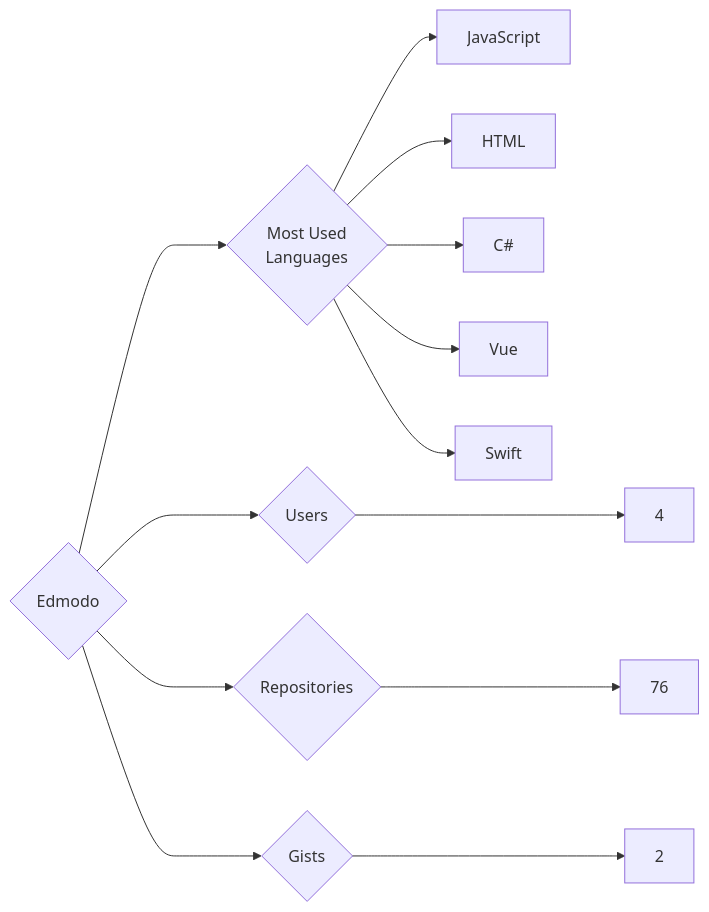
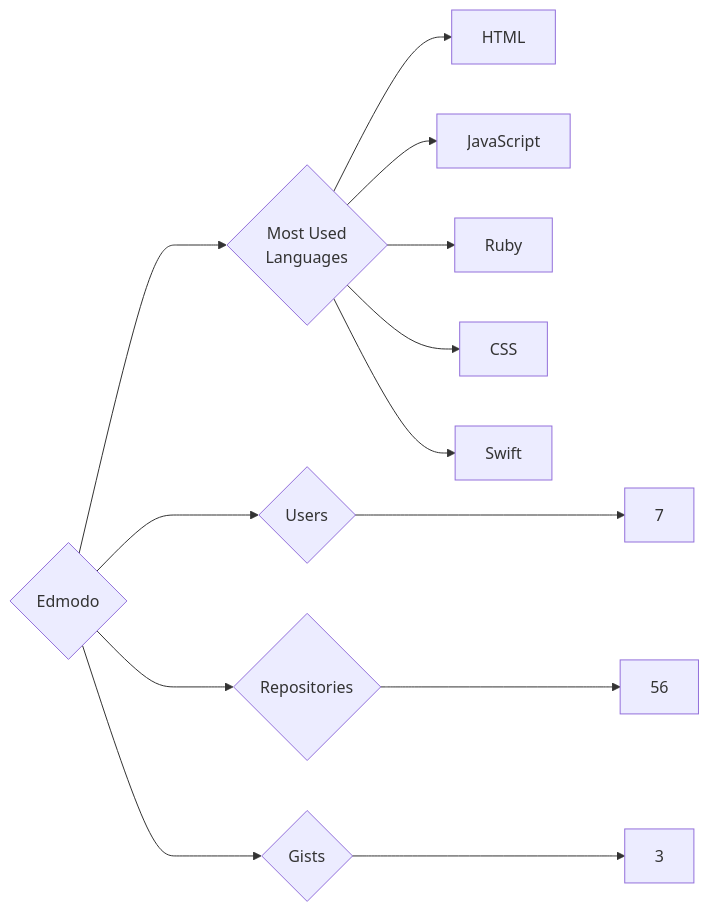
Before and after one commit to trickest/insiders: the diagram in targets/Edmodo/README.md, drawn with Mermaid. The commit also changed 815 other files, not shown here.

````diff
--- a/targets/Edmodo/README.md
+++ b/targets/Edmodo/README.md
@@ -3,13 +3,13 @@
 ```mermaid
 graph LR
 COMPANY_NAME{Edmodo}
-COMPANY_NAME ---> U{Users} ---> UN[4]
-COMPANY_NAME ---> R{Repositories} ---> RN[76]
-COMPANY_NAME ---> G{Gists} ---> GN[2]
+COMPANY_NAME ---> U{Users} ---> UN[7]
+COMPANY_NAME ---> R{Repositories} ---> RN[56]
+COMPANY_NAME ---> G{Gists} ---> GN[3]
 COMPANY_NAME ---> ML{Most Used<br>Languages}
+ML --> HTML[HTML]
 ML --> JavaScript[JavaScript]
-ML --> HTML[HTML]
-ML --> C#[C#]
-ML --> Vue[Vue]
+ML --> Ruby[Ruby]
+ML --> CSS[CSS]
 ML --> Swift[Swift]
 ```
````
